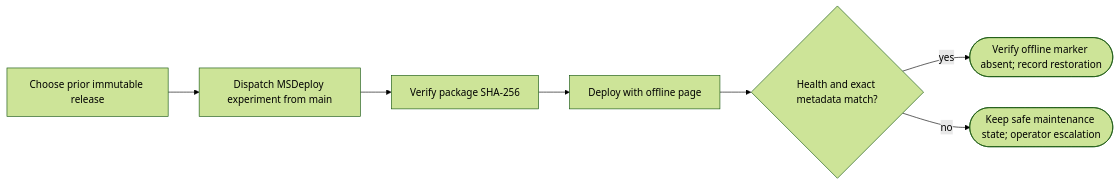
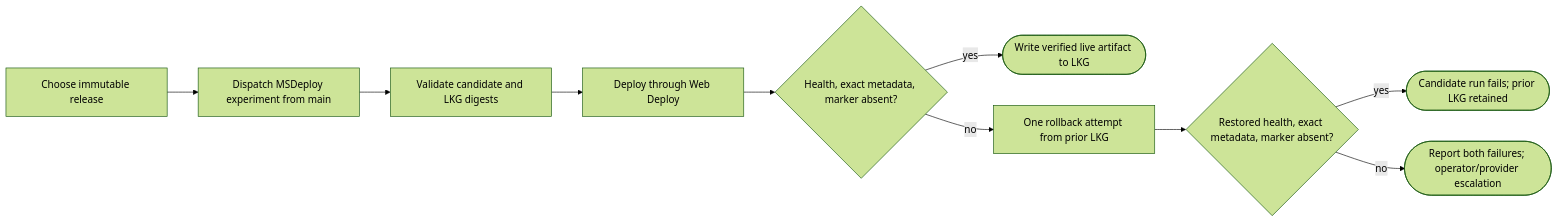
The diagram in docs/rollback-runbook.md (fredrik-hellmangroup/cv-online-presenter), drawn with Mermaid (forest theme) before and after one commit. The commit also changed other lines of this file and 8 other files, not shown here.

Commit message:
fix: bind deployments to package digests

````diff
--- a/docs/rollback-runbook.md
+++ b/docs/rollback-runbook.md
@@ -7,9 +7,12 @@
 ```mermaid
 flowchart LR
-    A["Choose prior immutable release"] --> B["Dispatch MSDeploy experiment from main"]
-    B --> C["Verify package SHA-256"]
-    C --> D["Deploy with offline page"]
-    D --> E{"Health and exact metadata match?"}
-    E -->|yes| F(["Verify offline marker absent; record restoration"])
-    E -->|no| G(["Keep safe maintenance state; operator escalation"])
+    A["Choose immutable release"] --> B["Dispatch MSDeploy experiment from main"]
+    B --> C["Validate candidate and LKG digests"]
+    C --> D["Deploy through Web Deploy"]
+    D --> E{"Health, exact metadata, marker absent?"}
+    E -->|yes| F(["Write verified live artifact to LKG"])
+    E -->|no| R["One rollback attempt from prior LKG"]
+    R --> V{"Restored health, exact metadata, marker absent?"}
+    V -->|yes| X(["Candidate run fails; prior LKG retained"])
+    V -->|no| G(["Report both failures; operator/provider escalation"])
 ```
````
